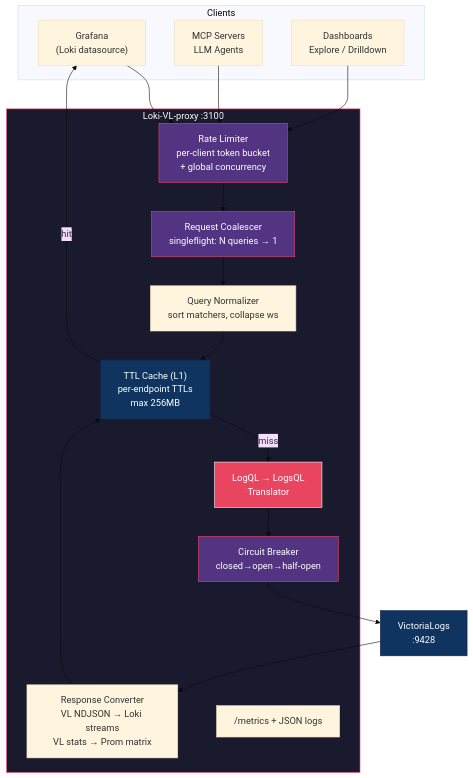
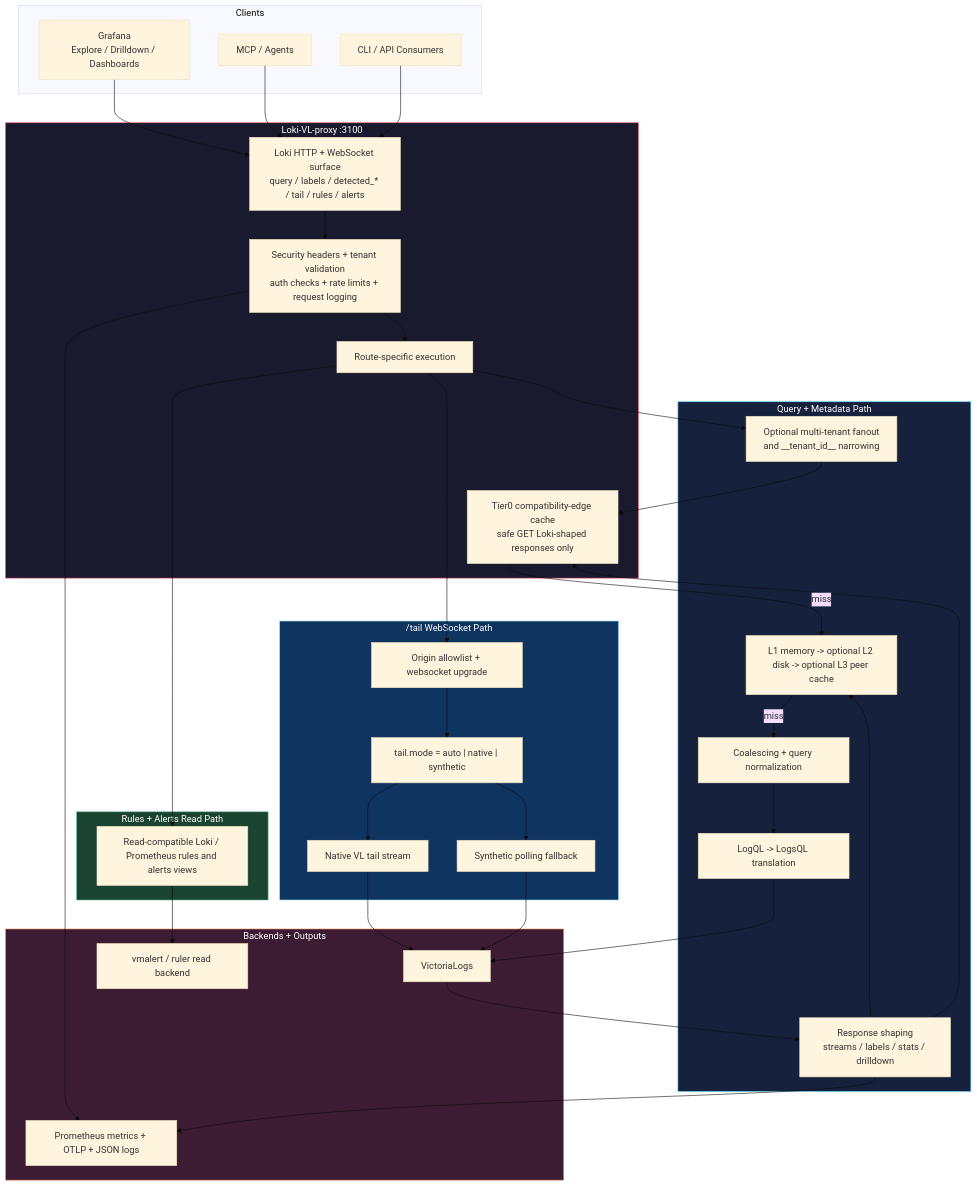
One commit to ReliablyObserve/Loki-VL-proxy changed the first of 6 diagrams in docs/architecture.md. Above: the diagram before and after it, drawn with Mermaid (base theme). The commit also changed other lines of this file and 38 other files, not shown here.

First line of the commit message:
docs: refresh README architecture and read-compat status (#31)

````diff
--- a/docs/architecture.md
+++ b/docs/architecture.md
@@ -9,42 +9,62 @@
 ```mermaid
 flowchart TD
-    subgraph Clients
-        G["Grafana<br/>(Loki datasource)"]
-        M["MCP Servers<br/>LLM Agents"]
-        D["Dashboards<br/>Explore / Drilldown"]
+    subgraph Clients["Clients"]
+        G["Grafana<br/>Explore / Drilldown / Dashboards"]
+        M["MCP / Agents"]
+        C["CLI / API Consumers"]
     end
 
-    subgraph Proxy["Loki-VL-proxy :3100"]
-        RL["Rate Limiter<br/>per-client token bucket<br/>+ global concurrency"]
-        CO["Request Coalescer<br/>singleflight: N queries → 1"]
-        NM["Query Normalizer<br/>sort matchers, collapse ws"]
-        TR["LogQL → LogsQL<br/>Translator"]
-        CA["TTL Cache (L1)<br/>per-endpoint TTLs<br/>max 256MB"]
-        RC["Response Converter<br/>VL NDJSON → Loki streams<br/>VL stats → Prom matrix"]
-        CB["Circuit Breaker<br/>closed→open→half-open"]
-        OB["/metrics + JSON logs"]
+    subgraph Front["Loki-VL-proxy :3100"]
+        API["Loki HTTP + WebSocket surface<br/>query / labels / detected_* / tail / rules / alerts"]
+        GUARD["Security headers + tenant validation<br/>auth checks + rate limits + request logging"]
+        ROUTE["Route-specific execution"]
+        EDGE["Tier0 compatibility-edge cache<br/>safe GET Loki-shaped responses only"]
     end
 
-    VL["VictoriaLogs<br/>:9428"]
+    subgraph Query["Query + Metadata Path"]
+        FAN["Optional multi-tenant fanout<br/>and __tenant_id__ narrowing"]
+        CACHE["L1 memory -> optional L2 disk -> optional L3 peer cache"]
+        CO["Coalescing + query normalization"]
+        TR["LogQL -> LogsQL translation"]
+        SHAPE["Response shaping<br/>streams / labels / stats / drilldown"]
+    end
 
-    G --> RL
-    M --> RL
-    D --> RL
-    RL --> CO
-    CO --> NM
-    NM --> CA
-    CA -->|miss| TR
-    TR --> CB
-    CB --> VL
-    VL --> RC
-    RC --> CA
-    CA -->|hit| G
+    subgraph Tail["/tail WebSocket Path"]
+        ORIGIN["Origin allowlist + websocket upgrade"]
+        MODE["tail.mode = auto | native | synthetic"]
+        NATIVE["Native VL tail stream"]
+        SYN["Synthetic polling fallback"]
+    end
 
-    style Proxy fill:#1a1a2e,stroke:#e94560,color:#fff
-    style VL fill:#0f3460,stroke:#16213e,color:#fff
-    style RL fill:#533483,stroke:#e94560,color:#fff
-    style CO fill:#533483,stroke:#e94560,color:#fff
-    style CA fill:#0f3460,stroke:#16213e,color:#fff
-    style TR fill:#e94560,stroke:#fff,color:#fff
-    style CB fill:#533483,stroke:#e94560,color:#fff
+    subgraph Reads["Rules + Alerts Read Path"]
+        ALERT["Read-compatible Loki / Prometheus rules and alerts views"]
+    end
+
+    subgraph Backends["Backends + Outputs"]
+        VL["VictoriaLogs"]
+        VMR["vmalert / ruler read backend"]
+        OBS["Prometheus metrics + OTLP + JSON logs"]
+    end
+
+    G --> API
+    M --> API
+    C --> API
+    API --> GUARD --> ROUTE
+    ROUTE --> FAN --> EDGE
+    EDGE -->|miss| CACHE
+    CACHE -->|miss| CO --> TR --> VL
+    VL --> SHAPE --> CACHE
+    SHAPE --> EDGE
+    ROUTE --> ORIGIN --> MODE
+    MODE --> NATIVE --> VL
+    MODE --> SYN --> VL
+    ROUTE --> ALERT --> VMR
+    GUARD --> OBS
+    SHAPE --> OBS
+
+    style Front fill:#1a1a2e,stroke:#e94560,color:#fff
+    style Query fill:#16213e,stroke:#4cc9f0,color:#fff
+    style Tail fill:#0f3460,stroke:#90e0ef,color:#fff
+    style Reads fill:#1b4332,stroke:#52b788,color:#fff
+    style Backends fill:#3b1c32,stroke:#ff7f50,color:#fff
 ```
````
